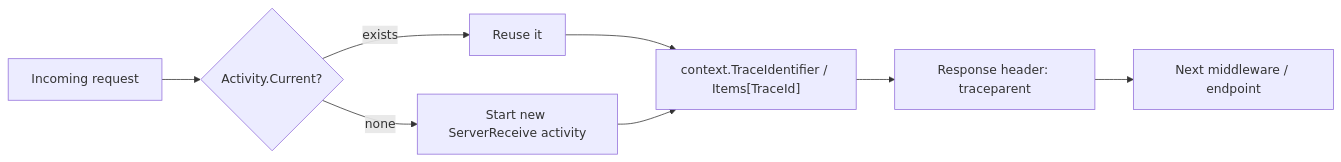
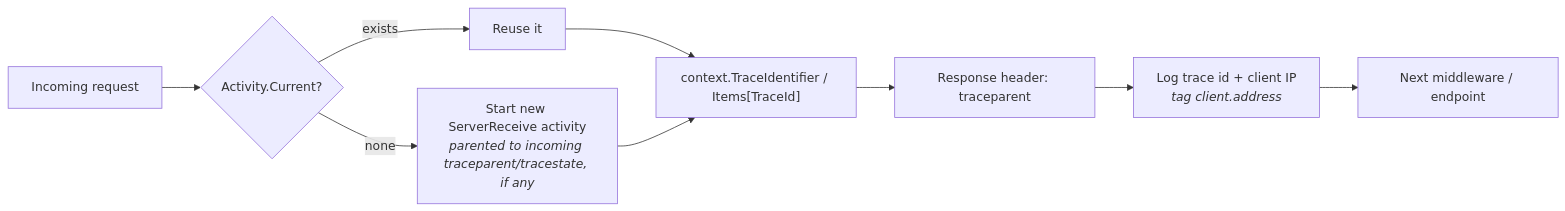
One commit to artur-rios/dotnet-webapi-util changed the diagram in docs/content/en/docs/middleware-and-diagnostics.md. Above: the diagram before and after it, drawn with Mermaid. The commit also changed other lines of this file and 55 other files, not shown here.

````diff
--- a/docs/content/en/docs/middleware-and-diagnostics.md
+++ b/docs/content/en/docs/middleware-and-diagnostics.md
@@ -78,10 +144,11 @@
 ```mermaid
 flowchart LR
     Req["Incoming request"] --> Check{"Activity.Current?"}
     Check -- "exists" --> Reuse["Reuse it"]
-    Check -- "none" --> New["Start new ServerReceive activity"]
+    Check -- "none" --> New["Start new ServerReceive activity<br/><i>parented to incoming traceparent/tracestate, if any</i>"]
     Reuse --> Set["context.TraceIdentifier / Items[TraceId]"]
     New --> Set
     Set --> Header["Response header: traceparent"]
-    Header --> Next["Next middleware / endpoint"]
+    Header --> Log["Log trace id + client IP<br/><i>tag client.address</i>"]
+    Log --> Next["Next middleware / endpoint"]
 ```
````
